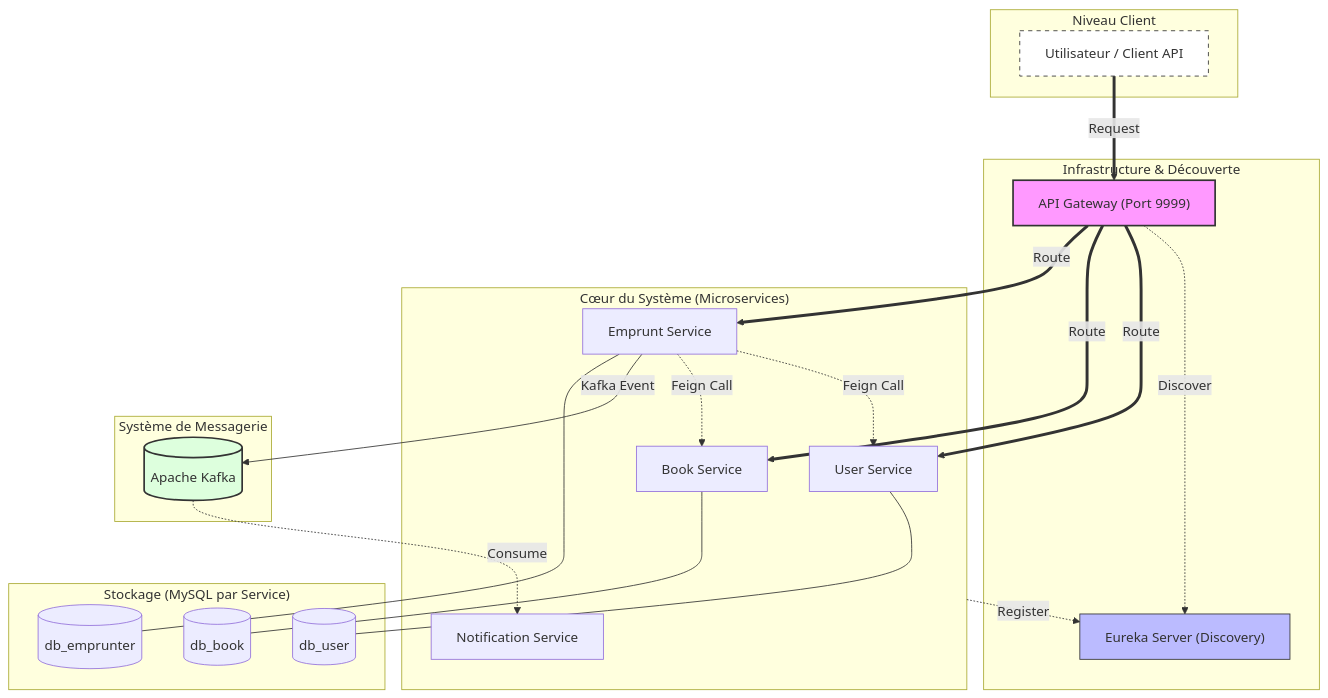
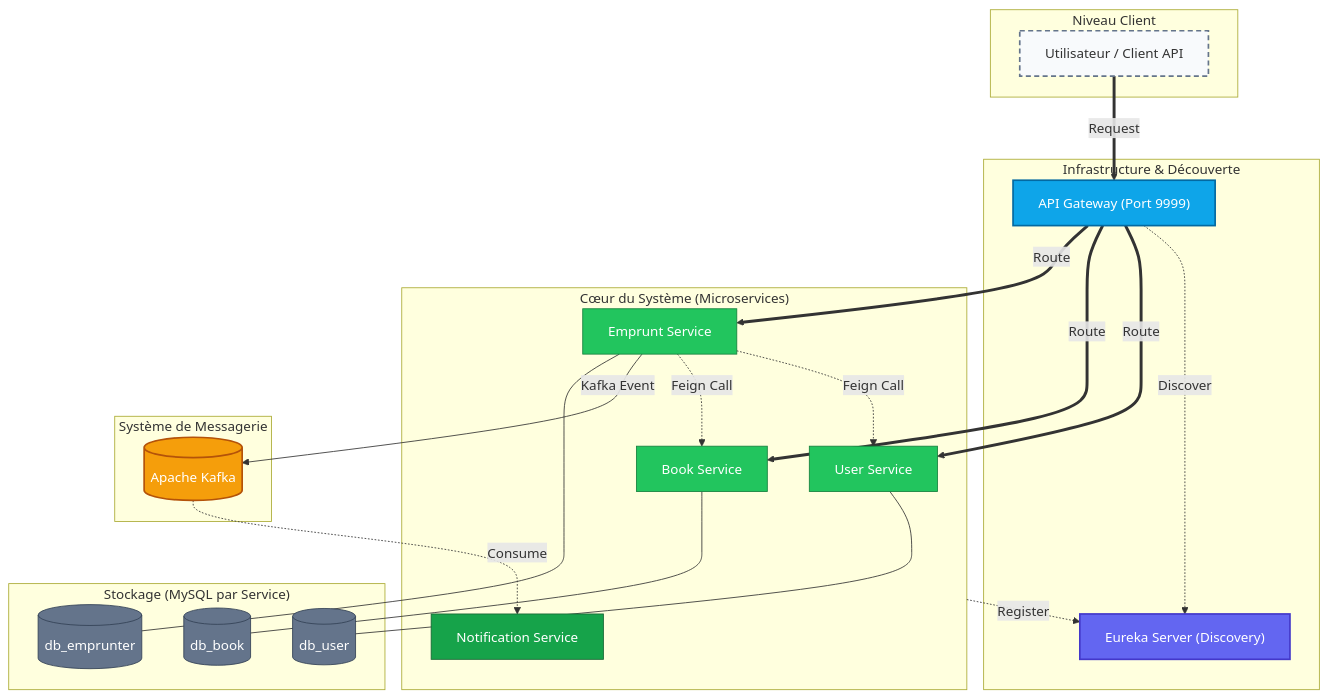
One commit to YASSINEBOULGUANT/application-gestion-emprunts-microservices-mysql-kafka changed the diagram in README.md. Above: the diagram before and after it, drawn with Mermaid.

Commit message:
updating project

````diff
--- a/README.md
+++ b/README.md
@@ -17,51 +17,63 @@
 ```mermaid
 graph TD
     subgraph Client_Level ["Niveau Client"]
         Client[Utilisateur / Client API]
     end
 
     subgraph Infrastructure ["Infrastructure & Découverte"]
         Gateway["API Gateway (Port 9999)"]
         Eureka["Eureka Server (Discovery)"]
     end
 
     subgraph Microservices ["Cœur du Système (Microservices)"]
         UserSvc["User Service"]
         BookSvc["Book Service"]
         EmpruntSvc["Emprunt Service"]
         NotifSvc["Notification Service"]
     end
 
     subgraph Messaging ["Système de Messagerie"]
         Kafka[("Apache Kafka")]
     end
 
     subgraph Storage ["Stockage (MySQL par Service)"]
         DB_User[("db_user")]
         DB_Book[("db_book")]
         DB_Emprunt[("db_emprunter")]
     end
 
     Microservices -.->|Register| Eureka
     Gateway -.->|Discover| Eureka
 
     Client ==>|Request| Gateway
     Gateway ==>|Route| UserSvc
     Gateway ==>|Route| BookSvc
     Gateway ==>|Route| EmpruntSvc
 
     EmpruntSvc -.->|Feign Call| UserSvc
     EmpruntSvc -.->|Feign Call| BookSvc
 
     EmpruntSvc -- "Kafka Event" --> Kafka
     Kafka -.->|Consume| NotifSvc
 
     UserSvc --- DB_User
     BookSvc --- DB_Book
     EmpruntSvc --- DB_Emprunt
 
-    style Gateway fill:#f9f,stroke:#333,stroke-width:2px
-    style Eureka fill:#bbf,stroke:#333,stroke-width:1px
-    style Kafka fill:#dfd,stroke:#333,stroke-width:2px
-    style Client fill:#fff,stroke:#333,stroke-dasharray: 5 5
+    %% 🎨 Nouveau thème visuel (sobre / moderne)
+    style Client fill:#F8FAFC,stroke:#64748B,stroke-width:2px,stroke-dasharray: 6 4
+    style Gateway fill:#0EA5E9,color:#ffffff,stroke:#0369A1,stroke-width:2px
+    style Eureka fill:#6366F1,color:#ffffff,stroke:#4338CA,stroke-width:2px
+
+    style UserSvc fill:#22C55E,color:#ffffff,stroke:#15803D
+    style BookSvc fill:#22C55E,color:#ffffff,stroke:#15803D
+    style EmpruntSvc fill:#22C55E,color:#ffffff,stroke:#15803D
+    style NotifSvc fill:#16A34A,color:#ffffff,stroke:#166534
+
+    style Kafka fill:#F59E0B,color:#ffffff,stroke:#B45309,stroke-width:2px
+
+    style DB_User fill:#64748B,color:#ffffff,stroke:#334155
+    style DB_Book fill:#64748B,color:#ffffff,stroke:#334155
+    style DB_Emprunt fill:#64748B,color:#ffffff,stroke:#334155
+
 ```
````
